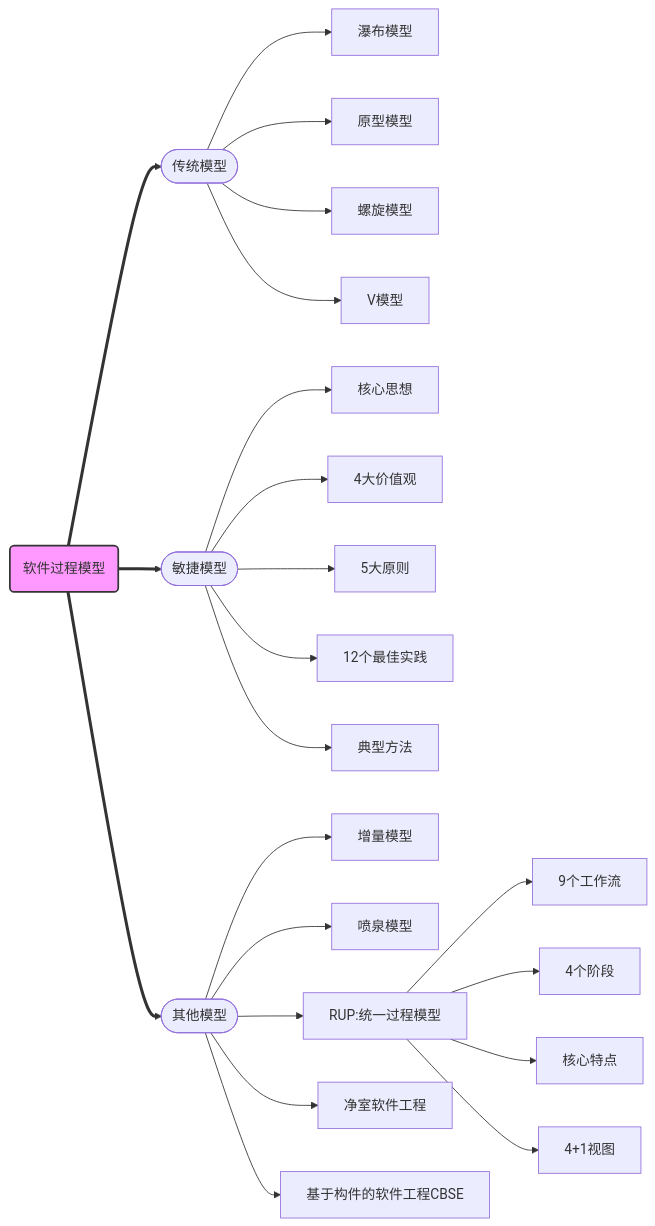
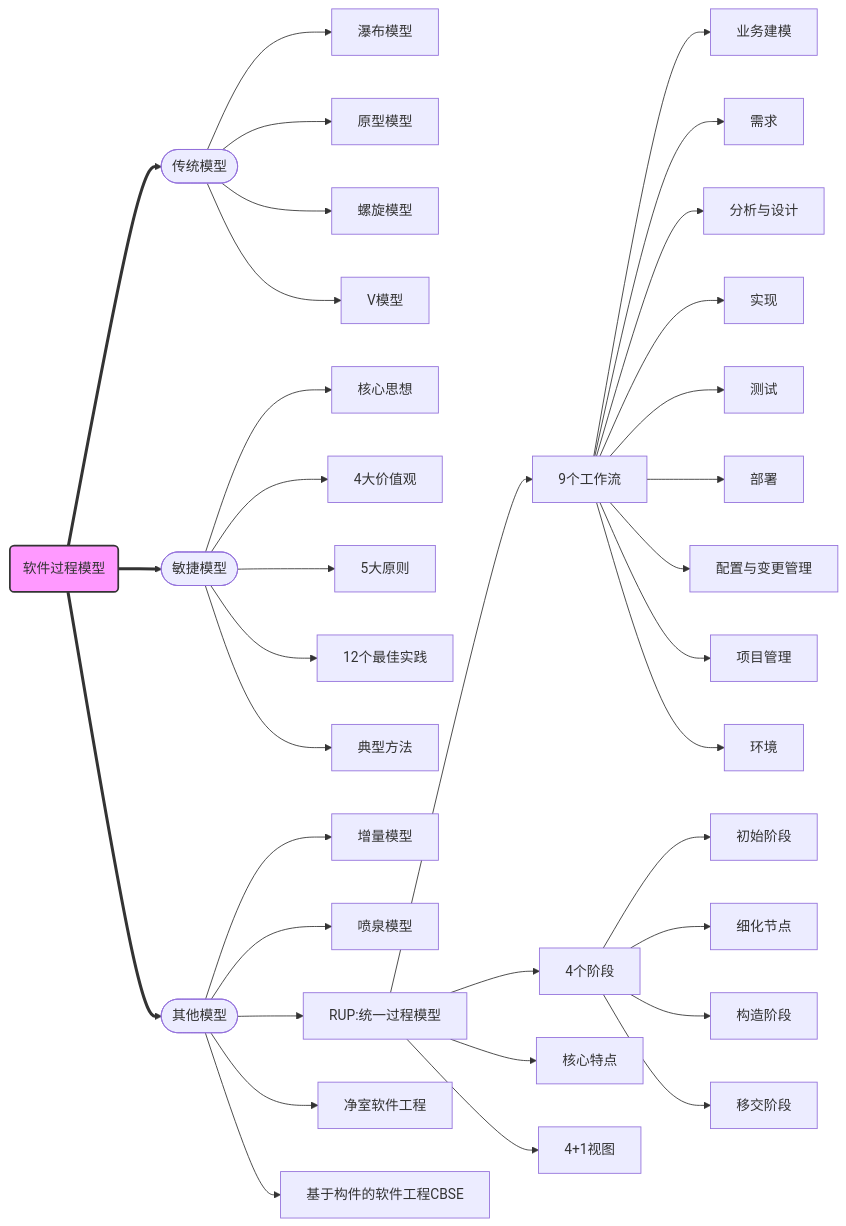
The second of 4 diagrams in Documentation/ruankao/architecture.rst (Rtoax/test-linux), drawn with Mermaid before and after one commit. The commit also changed 1 other file, not shown here.

Commit message:
Doc: rk: RUP
Vers: Ubuntu 25.10, Linux 6.17.0-19-generic, LaTeXmk 4.87, Sphinx 8.2.3, Python 3.13.7

```diff
--- a/Documentation/ruankao/architecture.rst
+++ b/Documentation/ruankao/architecture.rst
@@ -41,31 +41,46 @@
 .. mermaid::
    :caption: 软件过程模型
 
     flowchart LR
         Process(软件过程模型) ==> Traditional([传统模型])
         Process ==> Agile([敏捷模型])
         Process ==> Other([其他模型])
 
         Traditional --> Traditional1[瀑布模型]
         Traditional --> Traditional2[原型模型]
         Traditional --> Traditional3[螺旋模型]
         Traditional --> Traditional4[V模型]
 
         Agile --> Agile1[核心思想]
         Agile --> Agile2[4大价值观]
         Agile --> Agile3[5大原则]
         Agile --> Agile4[12个最佳实践]
         Agile --> Agile5[典型方法]
 
         Other --> Other1[增量模型]
         Other --> Other2[喷泉模型]
-        Other --> Other3[RUP:统一过程模型]
+        Other --> RUP[RUP:统一过程模型]
         Other --> Other4[净室软件工程]
         Other --> Other5[基于构件的软件工程CBSE]
 
-        Other3 --> Other31[9个工作流]
-        Other3 --> Other32[4个阶段]
-        Other3 --> Other33[核心特点]
-        Other3 --> Other34[4+1视图]
+        RUP --> RUP1[9个工作流]
+        RUP --> RUP2[4个阶段]
+        RUP --> RUP3[核心特点]
+        RUP --> RUP4[4+1视图]
+
+        RUP1 --> RUP11[业务建模]
+        RUP1 --> RUP12[需求]
+        RUP1 --> RUP13[分析与设计]
+        RUP1 --> RUP14[实现]
+        RUP1 --> RUP15[测试]
+        RUP1 --> RUP16[部署]
+        RUP1 --> RUP17[配置与变更管理]
+        RUP1 --> RUP18[项目管理]
+        RUP1 --> RUP19[环境]
+
+        RUP2 --> RUP21[初始阶段]
+        RUP2 --> RUP22[细化节点]
+        RUP2 --> RUP23[构造阶段]
+        RUP2 --> RUP24[移交阶段]
 
         style Process fill:#f9f,stroke:#333,stroke-width:2px
```
